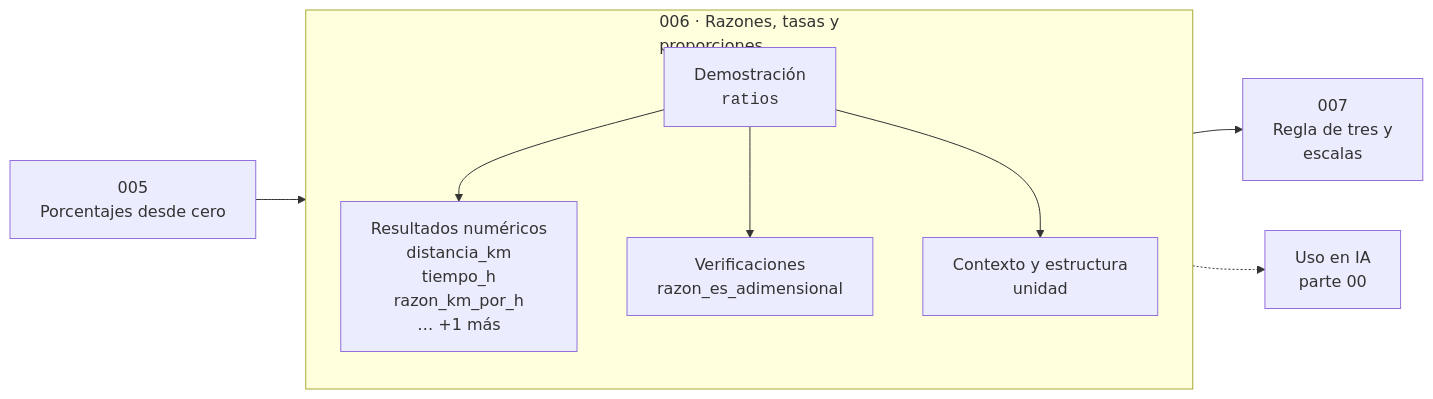
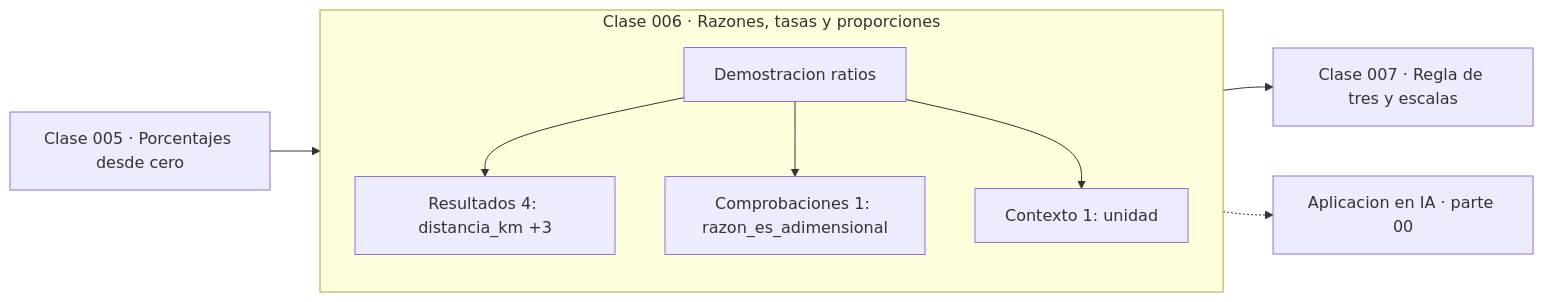
One commit to vladimiracunadev-create/computational-mathematics-program changed the diagram in classes/part-00-pensamiento-matematico-desde-cero/006-razones-tasas-y-proporciones/README.md. Above: the diagram before and after it, drawn with Mermaid. The commit also changed 389 other files, not shown here.

First line of the commit message:
fix(diagramas): elimina el HTML de las etiquetas Mermaid

````diff
--- a/classes/part-00-pensamiento-matematico-desde-cero/006-razones-tasas-y-proporciones/README.md
+++ b/classes/part-00-pensamiento-matematico-desde-cero/006-razones-tasas-y-proporciones/README.md
@@ -35,12 +35,13 @@
 ```mermaid
 flowchart LR
-    P["005<br/>Porcentajes desde cero"] --> C
-    subgraph C["006 · Razones, tasas y<br/>proporciones"]
+    P["Clase 005 · Porcentajes desde cero"] --> D
+    subgraph CLASE["Clase 006 · Razones, tasas y proporciones"]
         direction TB
-        D["Demostración<br/><code>ratios</code>"] --> R["Resultados numéricos<br/>distancia_km<br/>tiempo_h<br/>razon_km_por_h<br/>… +1 más"]
-        D --> V["Verificaciones<br/>razon_es_adimensional"]
-        D --> O["Contexto y estructura<br/>unidad"]
+        D["Demostracion ratios"]
+        D --> R["Resultados 4: distancia_km +3"]
+        D --> V["Comprobaciones 1: razon_es_adimensional"]
+        D --> O["Contexto 1: unidad"]
     end
-    C --> N["007<br/>Regla de tres y<br/>escalas"]
-    C -.-> IA["Uso en IA<br/>parte 00"]
+    R --> N["Clase 007 · Regla de tres y escalas"]
+    V -.-> IA["Aplicacion en IA · parte 00"]
 ```
````
